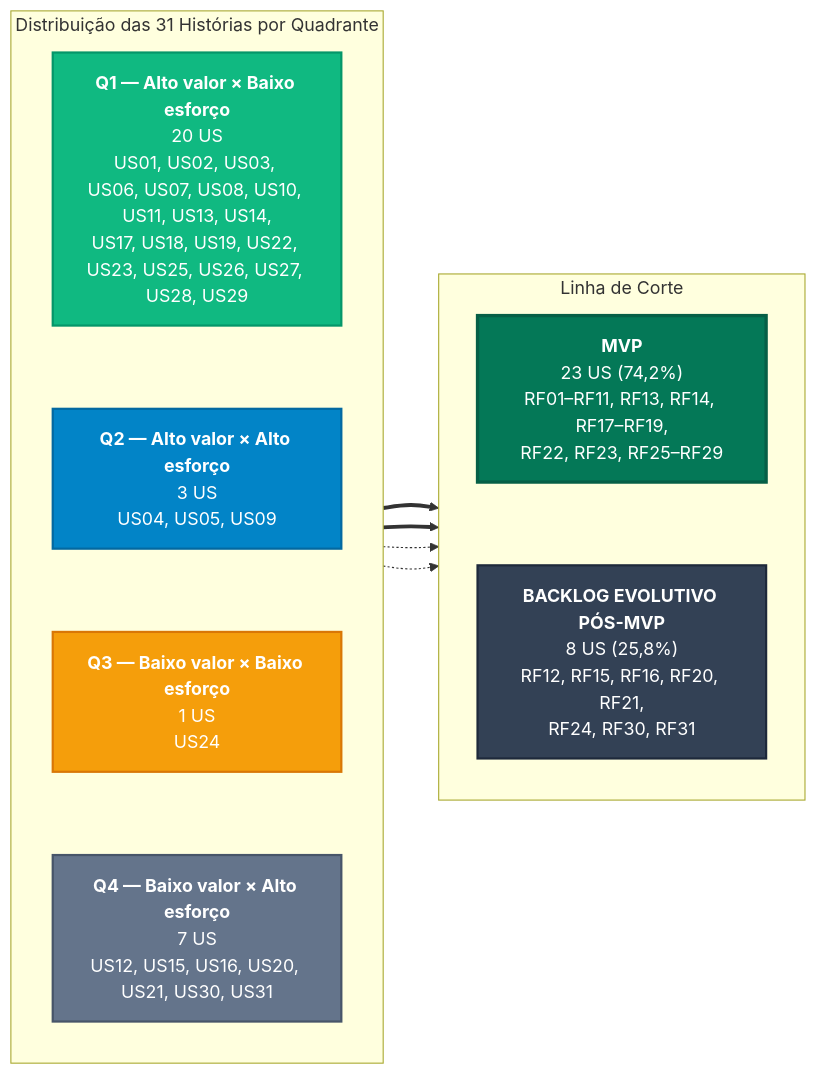
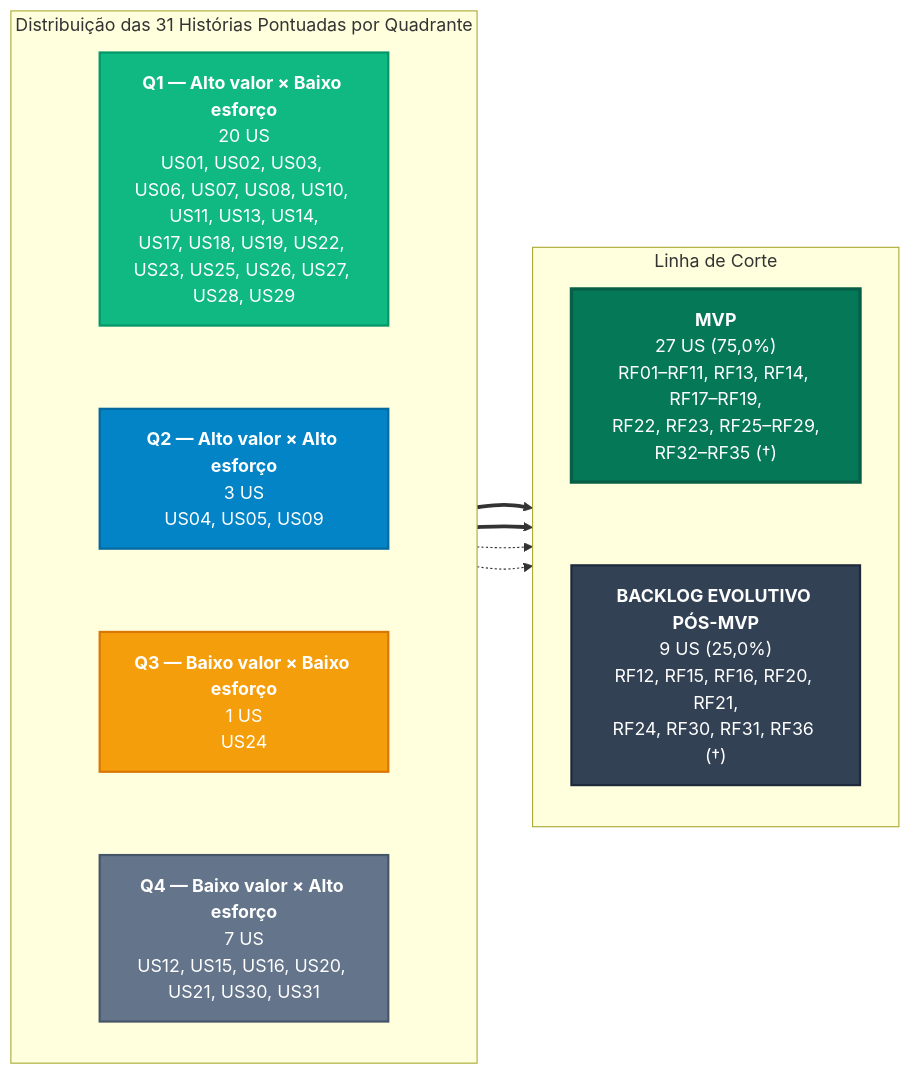
The second of 2 diagrams in docs/backlog/index.md (mdsreq-fga-unb/REQ-2026.2-T01-DUOC-Finance), drawn with Mermaid before and after one commit. The commit also changed other lines of this file, not shown here.

First line of the commit message:
docs(backlog): incorpora RF32 a RF36 ao backlog (v2.5)

````diff
--- a/docs/backlog/index.md
+++ b/docs/backlog/index.md
@@ -277,39 +291,39 @@
 ```mermaid
 flowchart LR
-    subgraph QUAD["Distribuição das 31 Histórias por Quadrante"]
+    subgraph QUAD["Distribuição das 31 Histórias Pontuadas por Quadrante"]
         direction TB
         Q1["<b>Q1 — Alto valor × Baixo esforço</b><br>20 US<br>US01, US02, US03, US06, US07, US08, US10, US11, US13, US14,<br>US17, US18, US19, US22, US23, US25, US26, US27, US28, US29"]
         Q2["<b>Q2 — Alto valor × Alto esforço</b><br>3 US<br>US04, US05, US09"]
         Q3["<b>Q3 — Baixo valor × Baixo esforço</b><br>1 US<br>US24"]
         Q4["<b>Q4 — Baixo valor × Alto esforço</b><br>7 US<br>US12, US15, US16, US20, US21, US30, US31"]
         Q1 ~~~ Q2
         Q2 ~~~ Q3
         Q3 ~~~ Q4
     end
 
     subgraph DEST["Linha de Corte"]
         direction TB
-        MVP["<b>MVP</b><br>23 US (74,2%)<br>RF01–RF11, RF13, RF14, RF17–RF19,<br>RF22, RF23, RF25–RF29"]
-        POST["<b>BACKLOG EVOLUTIVO PÓS-MVP</b><br>8 US (25,8%)<br>RF12, RF15, RF16, RF20, RF21,<br>RF24, RF30, RF31"]
+        MVP["<b>MVP</b><br>27 US (75,0%)<br>RF01–RF11, RF13, RF14, RF17–RF19,<br>RF22, RF23, RF25–RF29,<br>RF32–RF35 (†)"]
+        POST["<b>BACKLOG EVOLUTIVO PÓS-MVP</b><br>9 US (25,0%)<br>RF12, RF15, RF16, RF20, RF21,<br>RF24, RF30, RF31, RF36 (†)"]
         MVP ~~~ POST
     end
 
     Q1 ==> MVP
     Q2 ==> MVP
     Q3 -.-> POST
     Q4 -.-> POST
 
     classDef q1Class fill:#10b981,stroke:#059669,stroke-width:2px,color:#ffffff;
     classDef q2Class fill:#0284c7,stroke:#0369a1,stroke-width:2px,color:#ffffff;
     classDef q3Class fill:#f59e0b,stroke:#d97706,stroke-width:2px,color:#ffffff;
     classDef q4Class fill:#64748b,stroke:#475569,stroke-width:2px,color:#ffffff;
     classDef mvpClass fill:#047857,stroke:#065f46,stroke-width:3px,color:#ffffff;
     classDef postClass fill:#334155,stroke:#1e293b,stroke-width:2px,color:#ffffff;
 
     class Q1 q1Class;
     class Q2 q2Class;
     class Q3 q3Class;
     class Q4 q4Class;
     class MVP mvpClass;
     class POST postClass;
 ```
````
